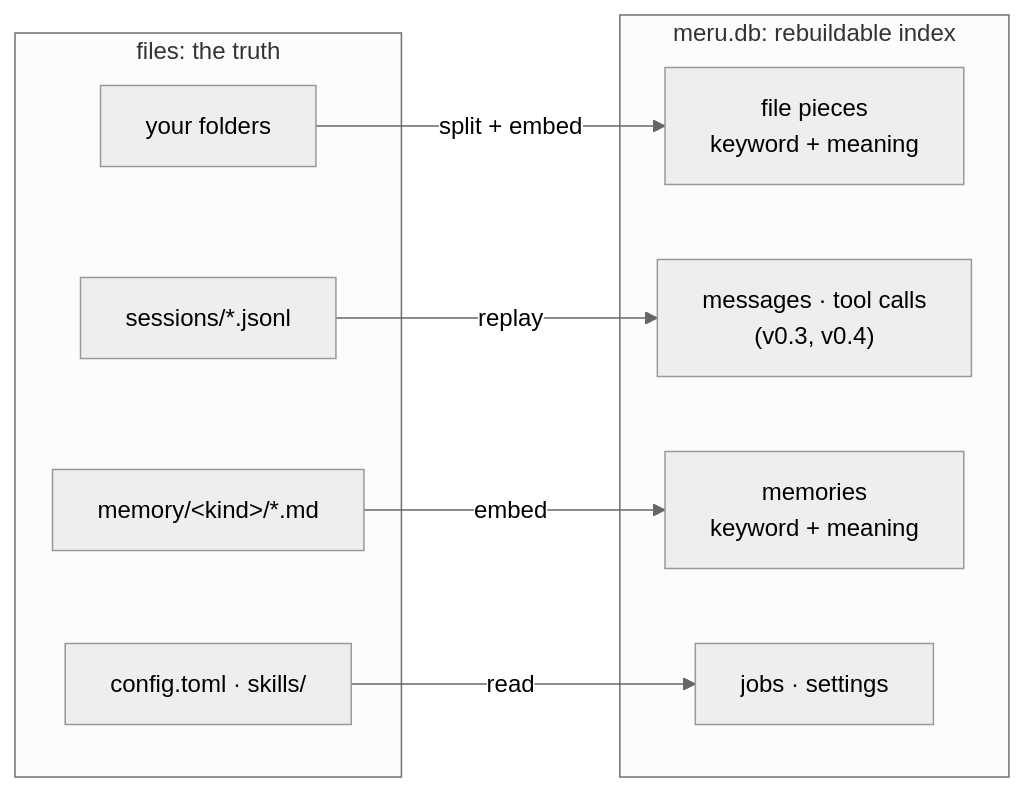
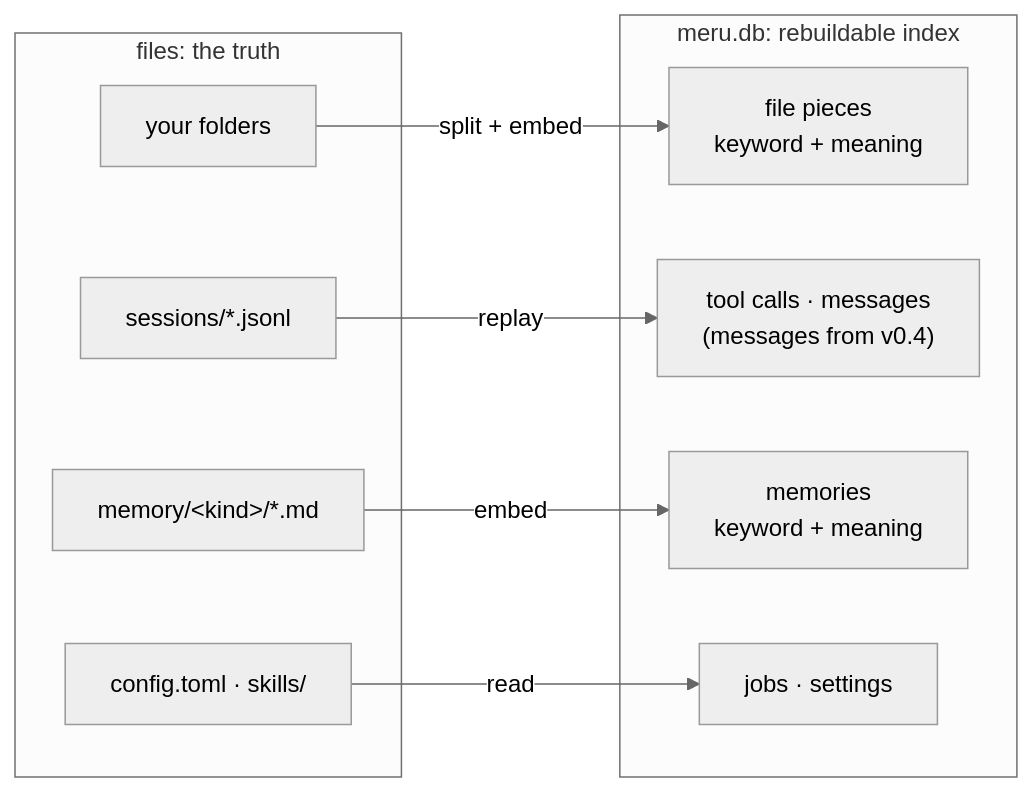
Before and after one commit to aarora79/meru: the third of 5 diagrams in docs/architecture/200.md, drawn with Mermaid (neutral theme). The commit also changed other lines of this file and 11 other files, not shown here.

````diff
--- a/docs/architecture/200.md
+++ b/docs/architecture/200.md
@@ -258,19 +267,19 @@
 ```mermaid
 flowchart LR
     subgraph truth["files: the truth"]
         F["your folders"]
         SE["sessions/*.jsonl"]
         ME["memory/&lt;kind&gt;/*.md"]
         CF["config.toml · skills/"]
     end
     subgraph idx["meru.db: rebuildable index"]
         CH["file pieces<br/>keyword + meaning"]
-        MS["messages · tool calls<br/>(v0.3, v0.4)"]
+        MS["tool calls · messages<br/>(messages from v0.4)"]
         MM["memories<br/>keyword + meaning"]
         JB["jobs · settings"]
     end
     F -- "split + embed" --> CH
     SE -- "replay" --> MS
     ME -- "embed" --> MM
     CF -- "read" --> JB
 ```
````
